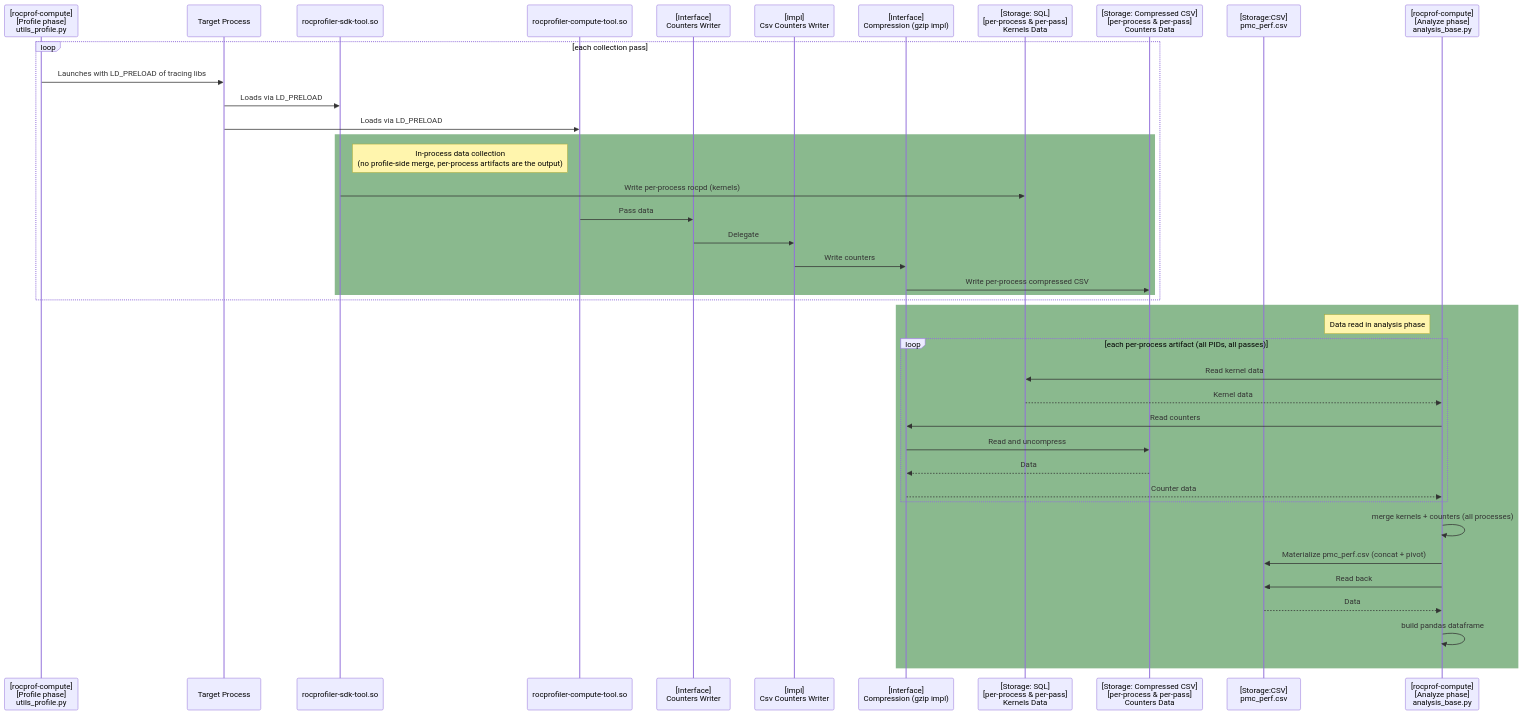
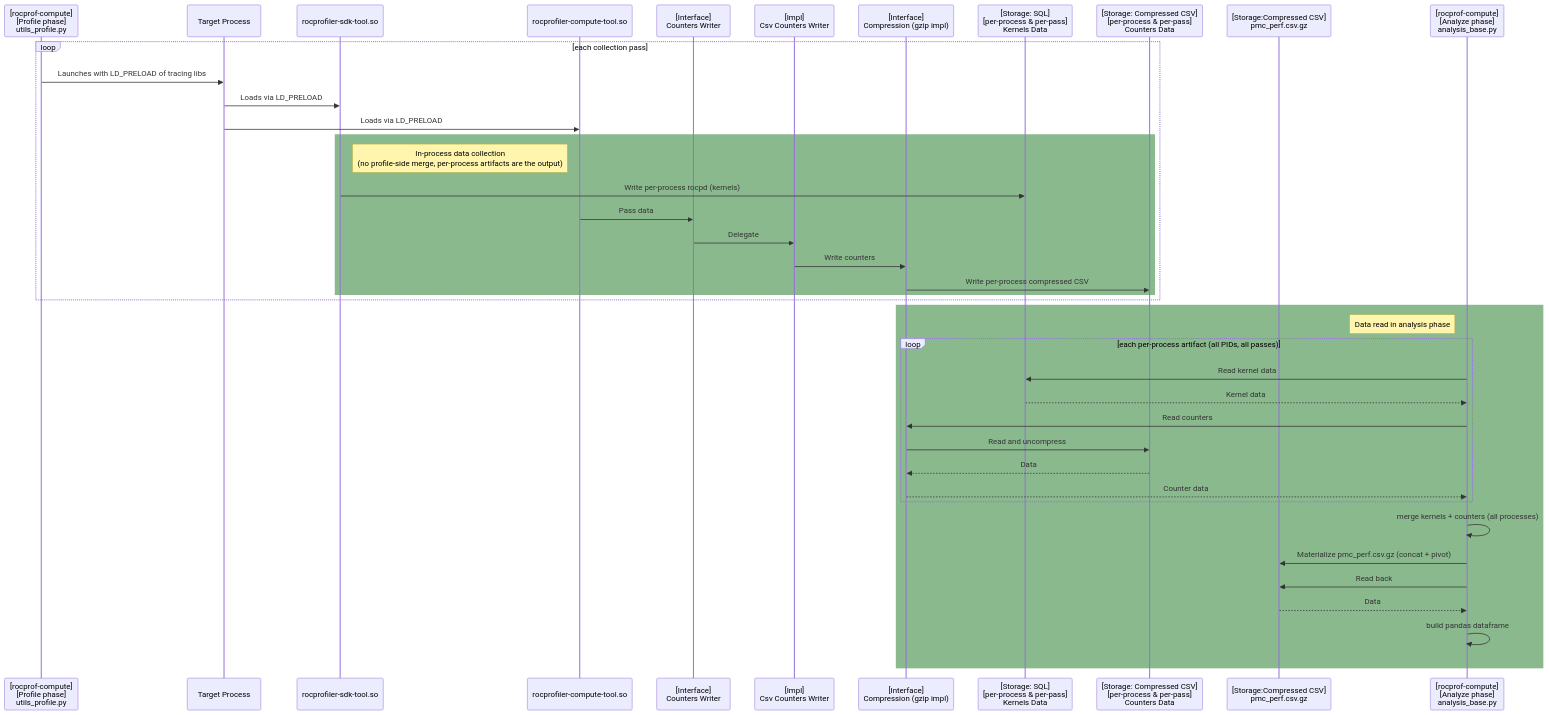
The fifth of 7 diagrams in projects/rocprofiler-compute/docs/design/profile_interface_architecture.md (ROCm/rocm-systems), drawn with Mermaid before and after one commit. The commit also changed other lines of this file and 14 other files, not shown here.

First line of the commit message:
refactor(rocprofiler-compute): keep the gzip suffix inside csv_compression

````diff
--- a/projects/rocprofiler-compute/docs/design/profile_interface_architecture.md
+++ b/projects/rocprofiler-compute/docs/design/profile_interface_architecture.md
@@ -439,45 +440,45 @@
 ```mermaid
 sequenceDiagram
     participant computeLauncher as [rocprof-compute]<br>[Profile phase]<br>utils_profile.py
     participant process as Target Process
     participant sdkTool as rocprofiler-sdk-tool.so
     participant computeTool as rocprofiler-compute-tool.so
     participant countersWriter as [Interface]<br> Counters Writer
     participant countersWriterCsv as [Impl]<br>Csv Counters Writer
     participant compression as [Interface]<br>Compression (gzip impl)
     participant sdkData as [Storage: SQL]<br>[per-process & per-pass]<br>Kernels Data
     participant countersData as [Storage: Compressed CSV]<br>[per-process & per-pass]<br>Counters Data
-    participant pmcPerf as [Storage:CSV]<br>pmc_perf.csv
+    participant pmcPerf as [Storage:Compressed CSV]<br>pmc_perf.csv.gz
     participant computeAnalyze as [rocprof-compute]<br>[Analyze phase]<br>analysis_base.py
 
     loop each collection pass
         computeLauncher->>process: Launches with LD_PRELOAD of tracing libs
         process->>sdkTool: Loads via LD_PRELOAD
         process->>computeTool: Loads via LD_PRELOAD
 
         rect rgb(138, 185, 142)
         note right of sdkTool: In-process data collection<br>(no profile-side merge, per-process artifacts are the output)
             sdkTool->>sdkData: Write per-process rocpd (kernels)
             computeTool->>countersWriter: Pass data
             countersWriter->>countersWriterCsv: Delegate
             countersWriterCsv->>compression: Write counters
             compression->>countersData: Write per-process compressed CSV
         end
     end
     rect rgb(138, 185, 142)
     note left of computeAnalyze: Data read in analysis phase
         loop each per-process artifact (all PIDs, all passes)
             computeAnalyze->>sdkData: Read kernel data
             sdkData-->>computeAnalyze: Kernel data
             computeAnalyze->>compression: Read counters
             compression->>countersData: Read and uncompress
             countersData-->>compression: Data
             compression-->>computeAnalyze: Counter data
         end
         computeAnalyze->>computeAnalyze: merge kernels + counters (all processes)
-        computeAnalyze->>pmcPerf: Materialize pmc_perf.csv (concat + pivot)
+        computeAnalyze->>pmcPerf: Materialize pmc_perf.csv.gz (concat + pivot)
         computeAnalyze->>pmcPerf: Read back
         pmcPerf-->>computeAnalyze: Data
         computeAnalyze->>computeAnalyze: build pandas dataframe
     end
 ```
````
